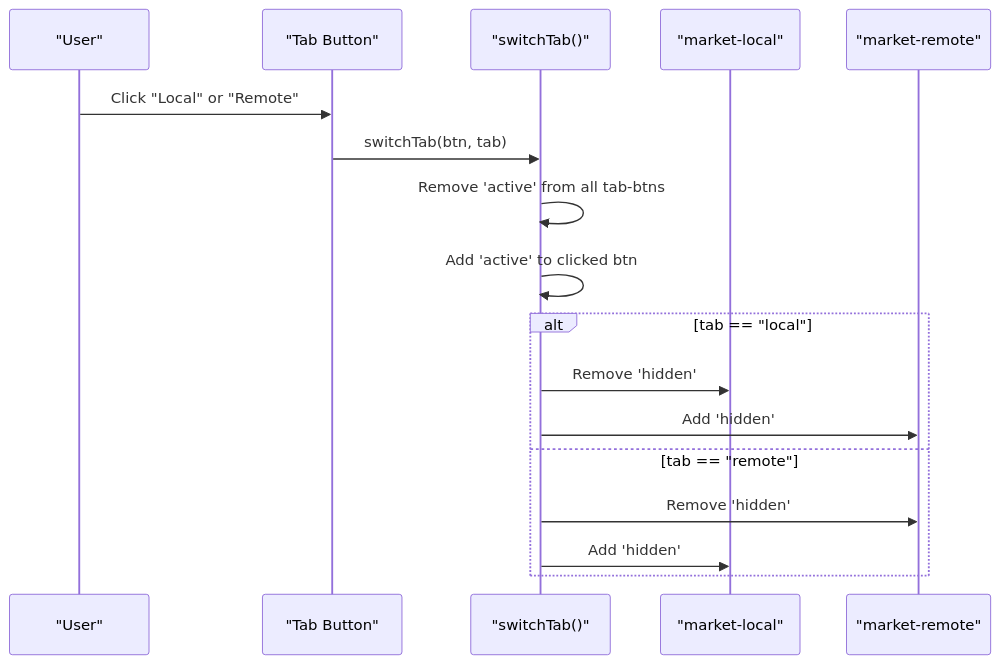
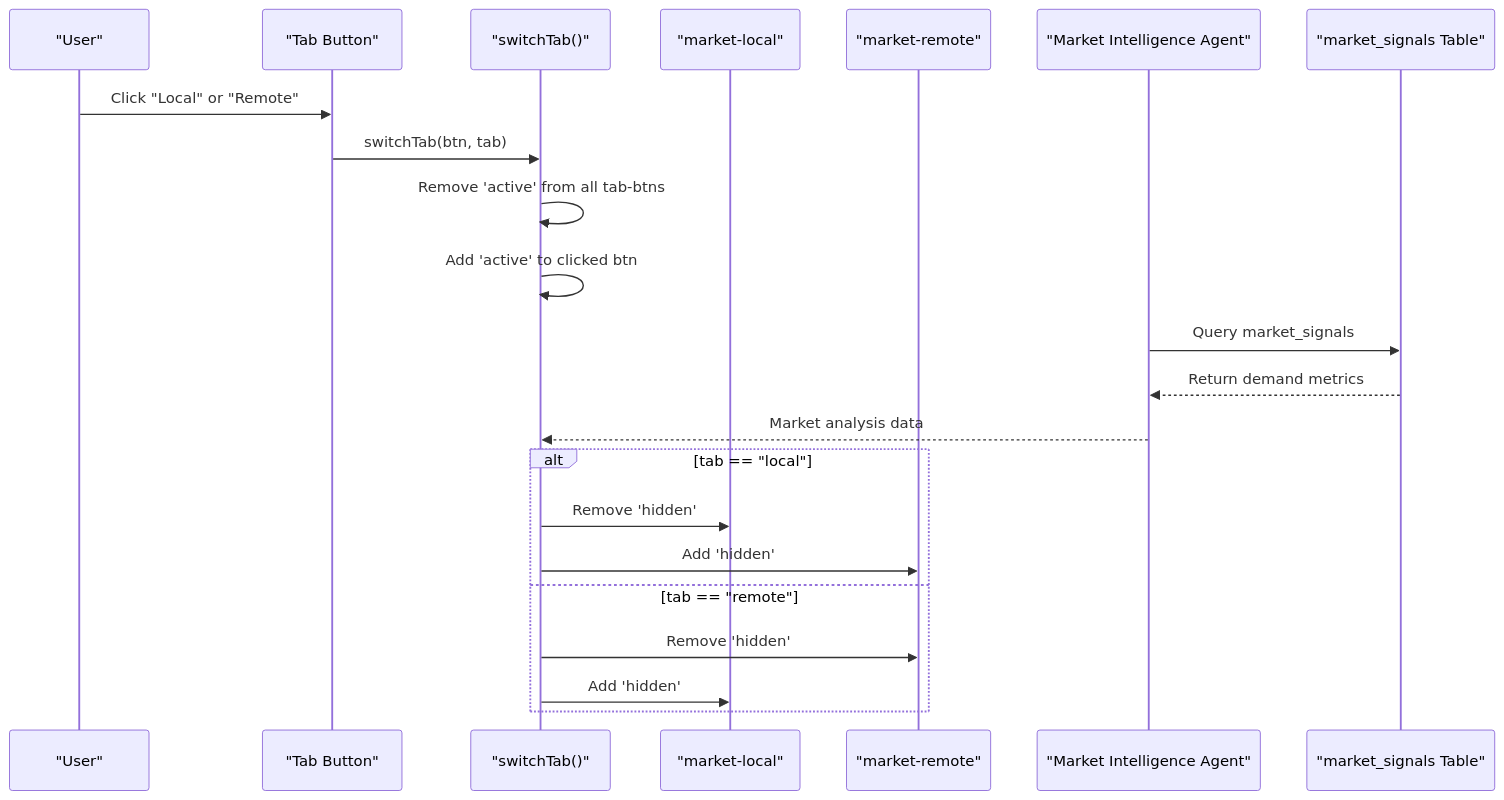
The second of 3 diagrams in .qoder/repowiki/en/content/Core Features/Market Intelligence Section.md (Alishba-Moin/CareerCompass), drawn with Mermaid before and after one commit. The commit also changed other lines of this file and 38 other files, not shown here.

Commit message:
Add Roadmap pdf download option

````diff
--- a/.qoder/repowiki/en/content/Core Features/Market Intelligence Section.md
+++ b/.qoder/repowiki/en/content/Core Features/Market Intelligence Section.md
@@ -71,19 +97,24 @@
 ```mermaid
 sequenceDiagram
 participant U as "User"
 participant T as "Tab Button"
 participant JS as "switchTab()"
 participant L as "market-local"
 participant R as "market-remote"
+participant MI as "Market Intelligence Agent"
+participant DB as "market_signals Table"
 U->>T : Click "Local" or "Remote"
 T->>JS : switchTab(btn, tab)
 JS->>JS : Remove 'active' from all tab-btns
 JS->>JS : Add 'active' to clicked btn
+MI->>DB : Query market_signals
+DB-->>MI : Return demand metrics
+MI-->>JS : Market analysis data
 alt tab == "local"
 JS->>L : Remove 'hidden'
 JS->>R : Add 'hidden'
 else tab == "remote"
 JS->>R : Remove 'hidden'
 JS->>L : Add 'hidden'
 end
 ```
````
